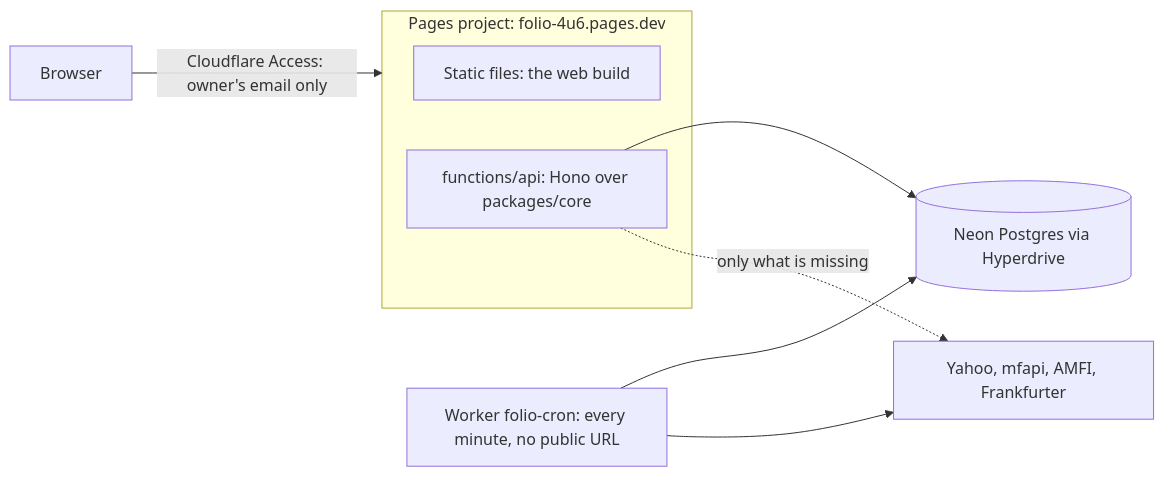
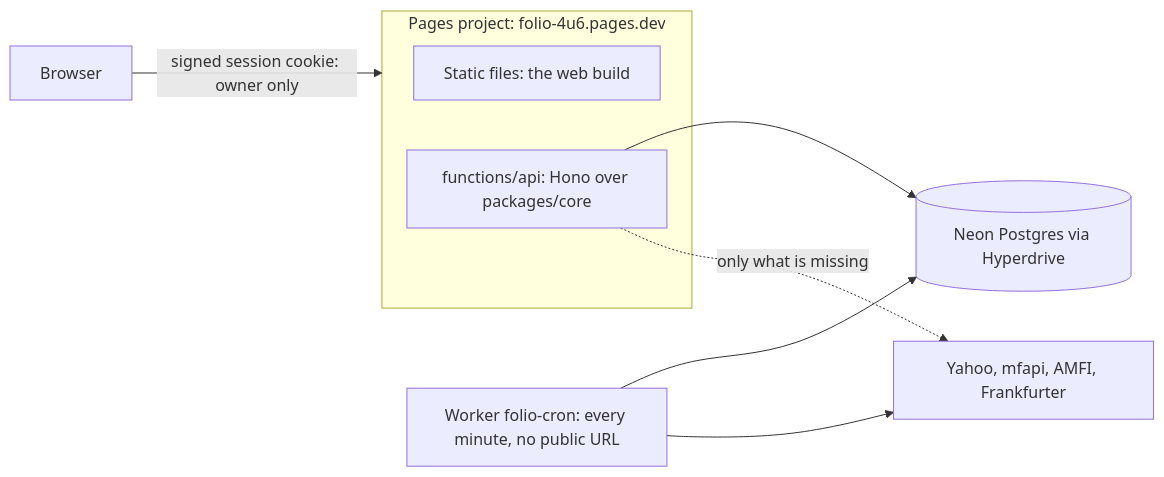
Before and after one commit to abhishek-pandey7/Folio-Wealth-Tracker: the third of 4 diagrams in docs/ARCHITECTURE.md, drawn with Mermaid. The commit also changed other lines of this file and 12 other files, not shown here.

First line of the commit message:
sign in with a secret link instead of cloudflare access

````diff
--- a/docs/ARCHITECTURE.md
+++ b/docs/ARCHITECTURE.md
@@ -336,13 +336,13 @@
 ```mermaid
 flowchart LR
-    B[Browser] -->|Cloudflare Access: owner's email only| W
+    B[Browser] -->|signed session cookie: owner only| W
     subgraph W[Pages project: folio-4u6.pages.dev]
       A[Static files: the web build]
       H[functions/api: Hono over packages/core]
     end
     C[Worker folio-cron: every minute, no public URL]
     H --> P[(Neon Postgres via Hyperdrive)]
     C --> P
     C --> Y[Yahoo, mfapi, AMFI, Frankfurter]
     H -. only what is missing .-> Y
 ```
````
